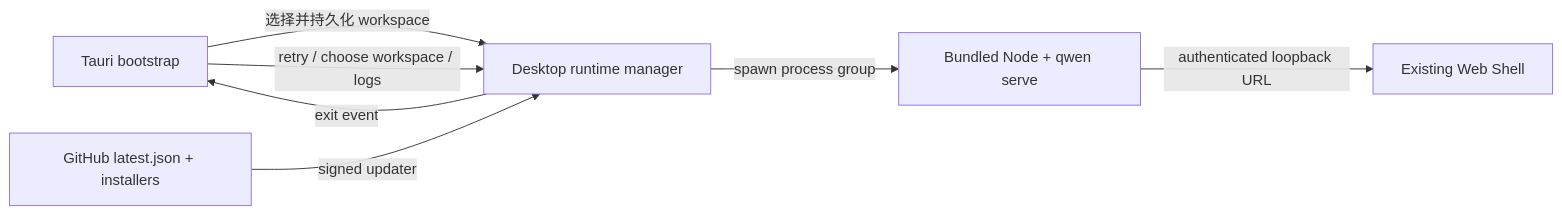
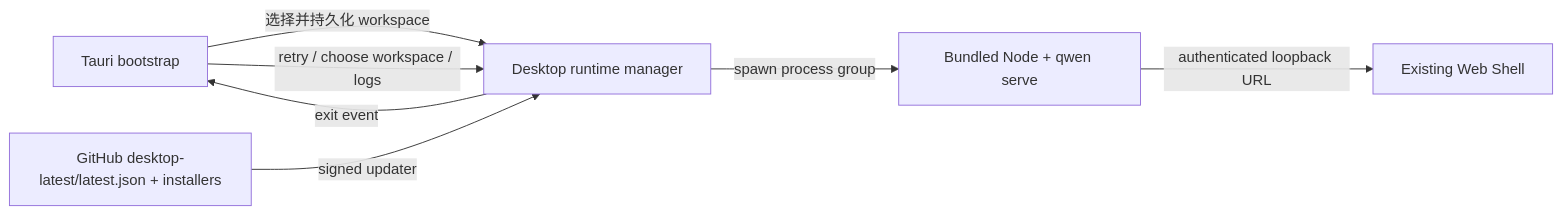
One commit to modelstudioai/openwork changed the diagram in docs/design/2026-07-31-desktop-web-shell-release.md. Above: the diagram before and after it, drawn with Mermaid. The commit also changed other lines of this file and 21 other files, not shown here.

````diff
--- a/docs/design/2026-07-31-desktop-web-shell-release.md
+++ b/docs/design/2026-07-31-desktop-web-shell-release.md
@@ -28,9 +28,9 @@
 ```mermaid
 flowchart LR
   A[Tauri bootstrap] -->|选择并持久化 workspace| B[Desktop runtime manager]
   B -->|spawn process group| C[Bundled Node + qwen serve]
   C -->|authenticated loopback URL| D[Existing Web Shell]
   A -->|retry / choose workspace / logs| B
   B -->|exit event| A
-  E[GitHub latest.json + installers] -->|signed updater| B
+  E[GitHub desktop-latest/latest.json + installers] -->|signed updater| B
 ```
````
